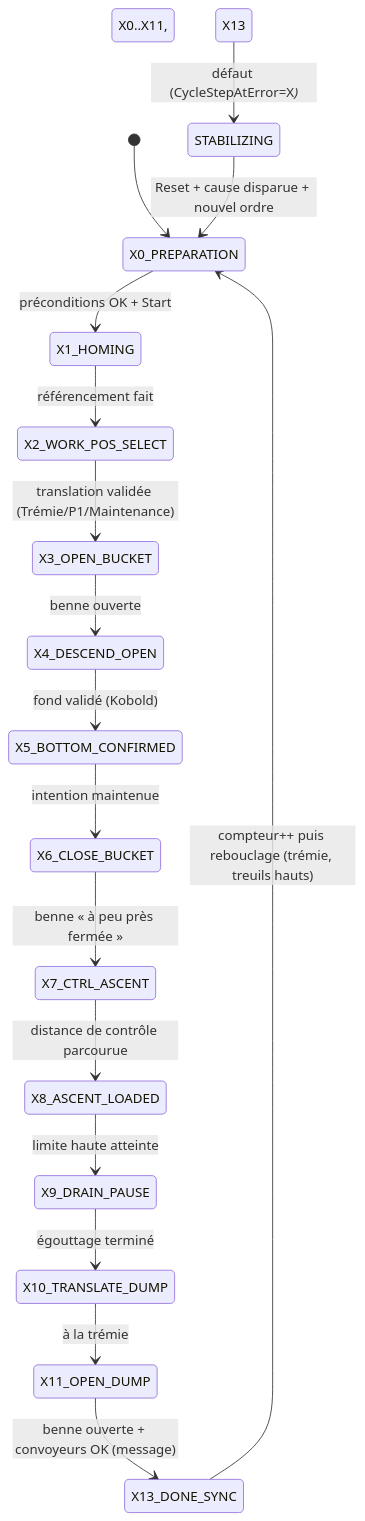
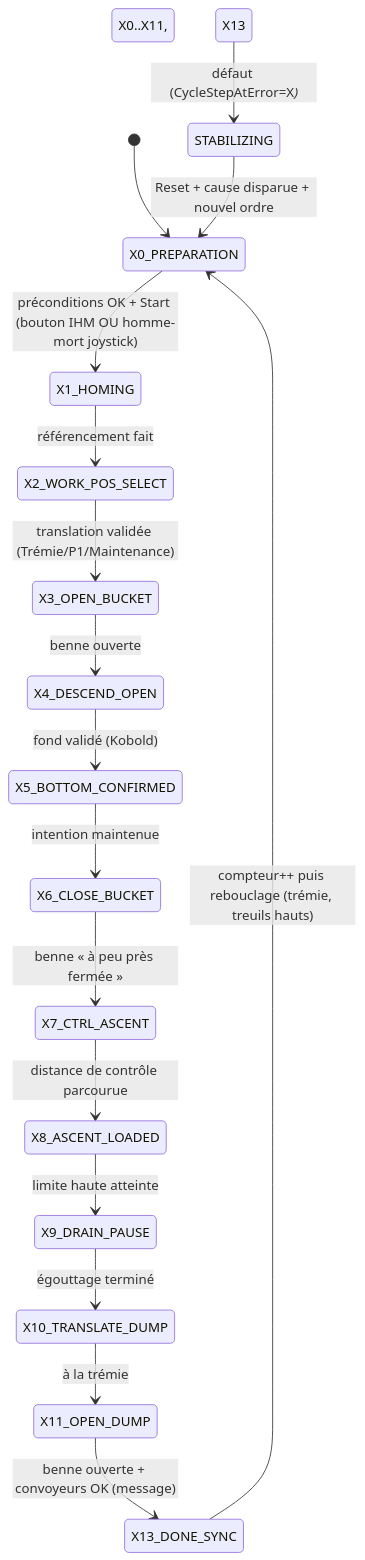
Before and after one commit to MatGros/2026_Projet_YGO_ExcavatriceDragage: the diagram in DOC/AF/AF_Partie-04_Mode_SemiAuto_Sequenceur_v2.1.md, drawn with Mermaid. The commit also changed other lines of this file and 7 other files, not shown here.

First line of the commit message:
feat(cycle): demarrage semi-auto par bouton IHM OU homme-mort joystick

````diff
--- a/DOC/AF/AF_Partie-04_Mode_SemiAuto_Sequenceur_v2.1.md
+++ b/DOC/AF/AF_Partie-04_Mode_SemiAuto_Sequenceur_v2.1.md
@@ -133,19 +133,19 @@
 ```mermaid
 stateDiagram-v2
     [*] --> X0_PREPARATION
-    X0_PREPARATION --> X1_HOMING: préconditions OK + Start
+    X0_PREPARATION --> X1_HOMING: préconditions OK + Start (bouton IHM OU homme-mort joystick)
     X1_HOMING --> X2_WORK_POS_SELECT: référencement fait
     X2_WORK_POS_SELECT --> X3_OPEN_BUCKET: translation validée (Trémie/P1/Maintenance)
     X3_OPEN_BUCKET --> X4_DESCEND_OPEN: benne ouverte
     X4_DESCEND_OPEN --> X5_BOTTOM_CONFIRMED: fond validé (Kobold)
     X5_BOTTOM_CONFIRMED --> X6_CLOSE_BUCKET: intention maintenue
     X6_CLOSE_BUCKET --> X7_CTRL_ASCENT: benne « à peu près fermée »
     X7_CTRL_ASCENT --> X8_ASCENT_LOADED: distance de contrôle parcourue
     X8_ASCENT_LOADED --> X9_DRAIN_PAUSE: limite haute atteinte
     X9_DRAIN_PAUSE --> X10_TRANSLATE_DUMP: égouttage terminé
     X10_TRANSLATE_DUMP --> X11_OPEN_DUMP: à la trémie
     X11_OPEN_DUMP --> X13_DONE_SYNC: benne ouverte + convoyeurs OK (message)
     X13_DONE_SYNC --> X0_PREPARATION: compteur++ puis rebouclage (trémie, treuils hauts)
     X0..X11, X13 --> STABILIZING: défaut (CycleStepAtError=X<i>)
     STABILIZING --> X0_PREPARATION: Reset + cause disparue + nouvel ordre
 ```
````
